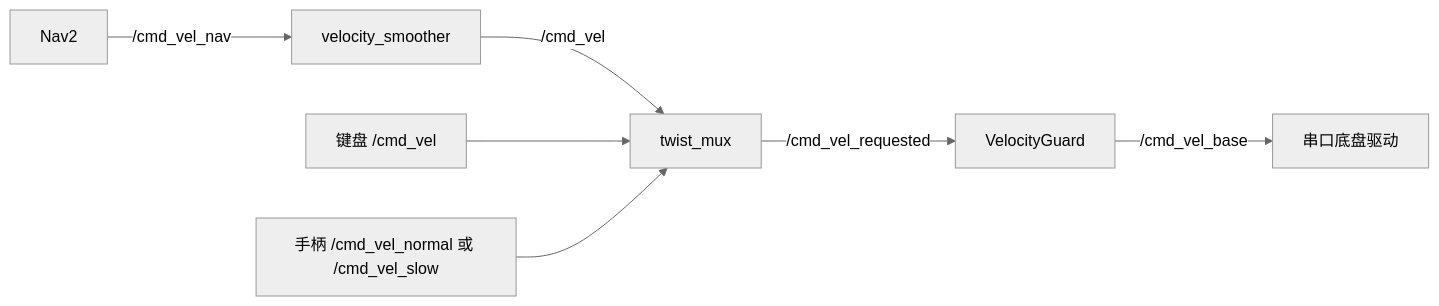
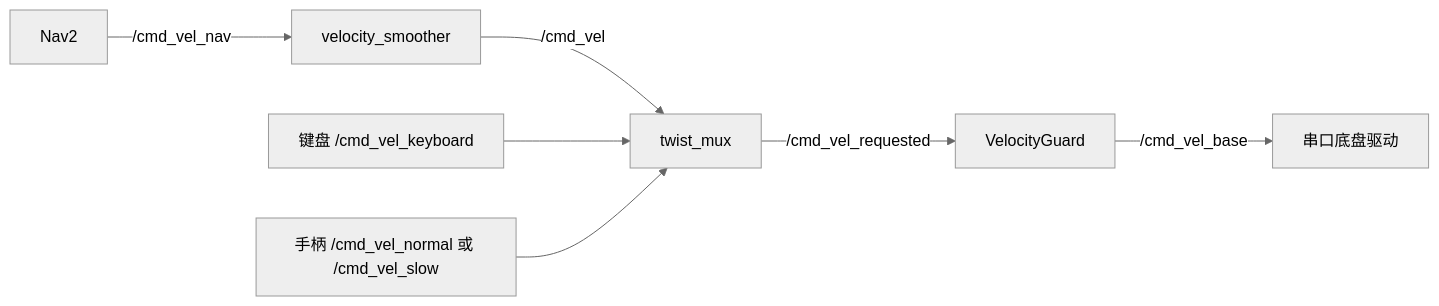
The diagram in README_DEVELOPMENT.md (TH1RT3EN-LI/duojin02), drawn with Mermaid (neutral theme) before and after one commit. The commit also changed other lines of this file and 56 other files, not shown here.

````diff
--- a/README_DEVELOPMENT.md
+++ b/README_DEVELOPMENT.md
@@ -23,9 +23,9 @@
 ```mermaid
 flowchart LR
     N[Nav2] -->|/cmd_vel_nav| S[velocity_smoother]
     S -->|/cmd_vel| M[twist_mux]
-    K[键盘 /cmd_vel] --> M
+    K[键盘 /cmd_vel_keyboard] --> M
     J[手柄 /cmd_vel_normal 或 /cmd_vel_slow] --> M
     M -->|/cmd_vel_requested| G[VelocityGuard]
     G -->|/cmd_vel_base| B[串口底盘驱动]
 ```
````
